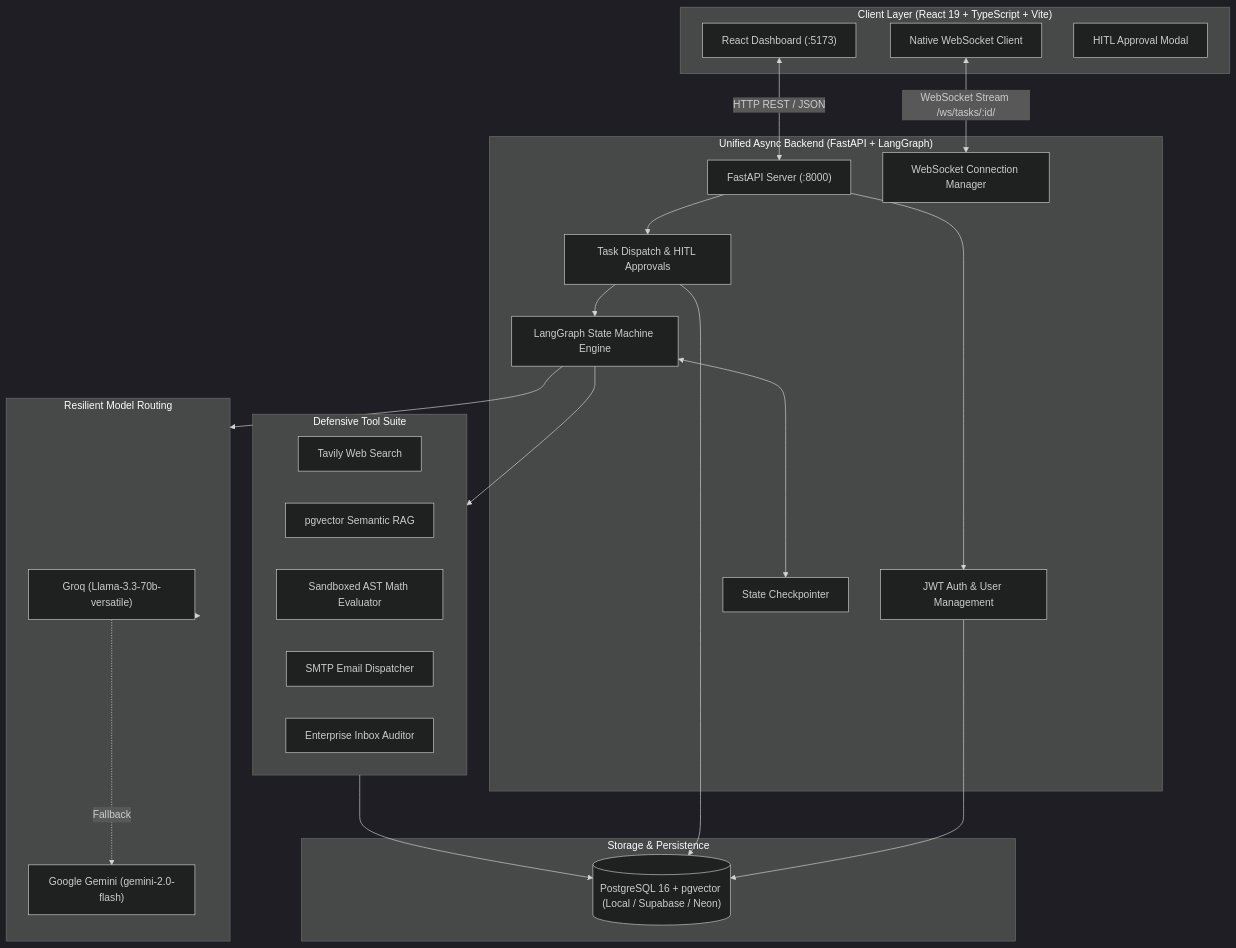
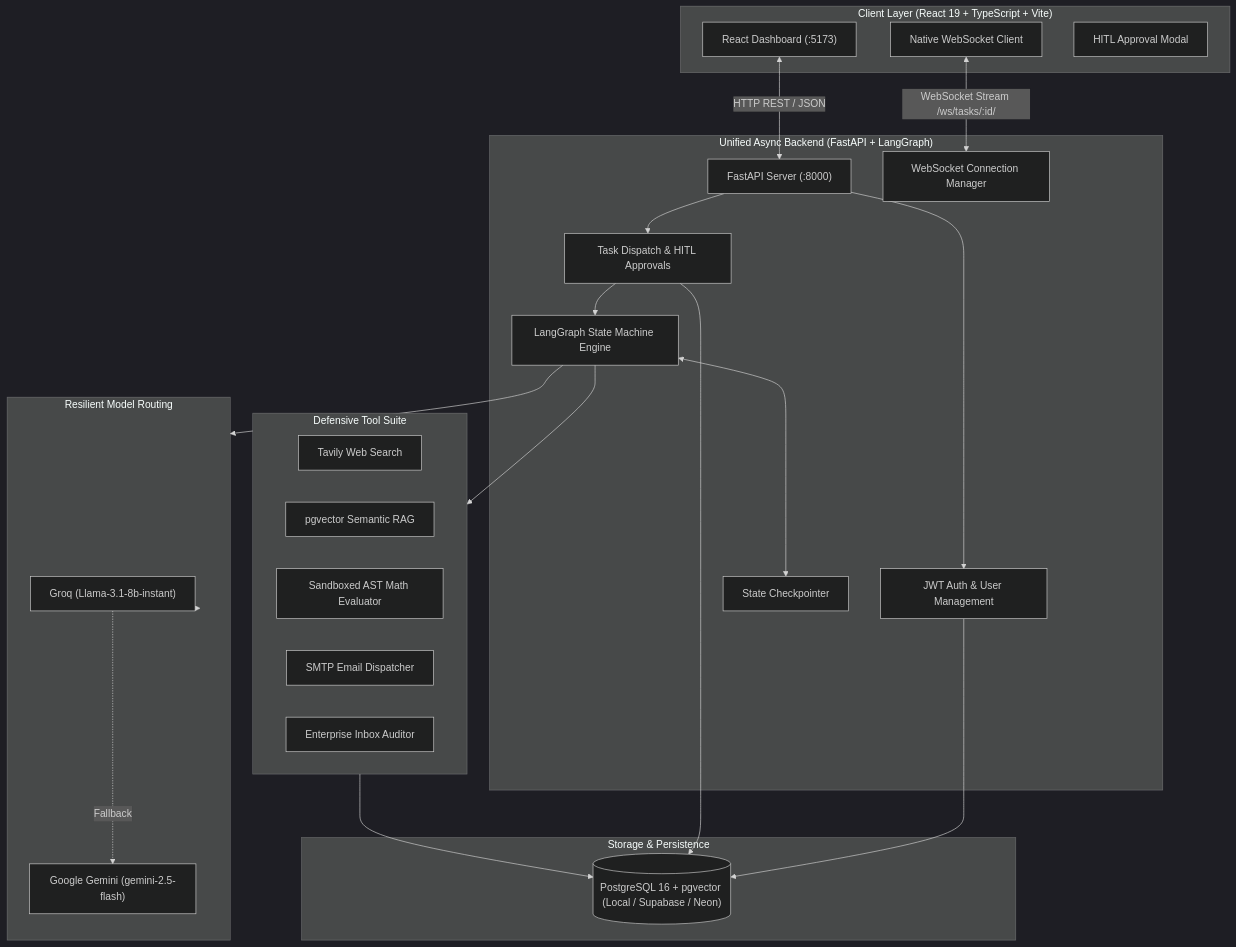
Before and after one commit to krenaa/AmbientAI: the first of 2 diagrams in README.md, drawn with Mermaid (dark theme). The commit also changed other lines of this file and 4 other files, not shown here.

````diff
--- a/README.md
+++ b/README.md
@@ -62,48 +85,48 @@
 ```mermaid
 flowchart TB
     subgraph ClientLayer ["Client Layer (React 19 + TypeScript + Vite)"]
         UI["React Dashboard (:5173)"]
         WSClient["Native WebSocket Client"]
         HITLModal["HITL Approval Modal"]
     end
 
     subgraph BackendLayer ["Unified Async Backend (FastAPI + LangGraph)"]
         FastAPIServer["FastAPI Server (:8000)"]
         AuthRouter["JWT Auth & User Management"]
         TaskRouter["Task Dispatch & HITL Approvals"]
         WSManager["WebSocket Connection Manager"]
         StateGraph["LangGraph State Machine Engine"]
         MemorySaver["State Checkpointer"]
     end
 
     subgraph ToolSuite ["Defensive Tool Suite"]
         TavilyTool["Tavily Web Search"]
         RAGTool["pgvector Semantic RAG"]
         MathTool["Sandboxed AST Math Evaluator"]
         EmailTool["SMTP Email Dispatcher"]
         InboxTool["Enterprise Inbox Auditor"]
     end
 
     subgraph ExternalLLM ["Resilient Model Routing"]
-        Groq["Groq (Llama-3.3-70b-versatile)"]
-        Gemini["Google Gemini (gemini-2.0-flash)"]
+        Groq["Groq (Llama-3.1-8b-instant)"]
+        Gemini["Google Gemini (gemini-2.5-flash)"]
     end
 
     subgraph DataBroker ["Storage & Persistence"]
         Postgres[("PostgreSQL 16 + pgvector (Local / Supabase / Neon)")]
     end
 
     UI <-->|HTTP REST / JSON| FastAPIServer
     WSClient <-->|WebSocket Stream /ws/tasks/:id/| WSManager
     FastAPIServer --> AuthRouter
     FastAPIServer --> TaskRouter
     TaskRouter --> StateGraph
     StateGraph <--> MemorySaver
     StateGraph --> ToolSuite
     StateGraph --> ExternalLLM
     ExternalLLM --> Groq
     Groq -. Fallback .-> Gemini
     AuthRouter --> Postgres
     TaskRouter --> Postgres
     ToolSuite --> Postgres
 ```
````
